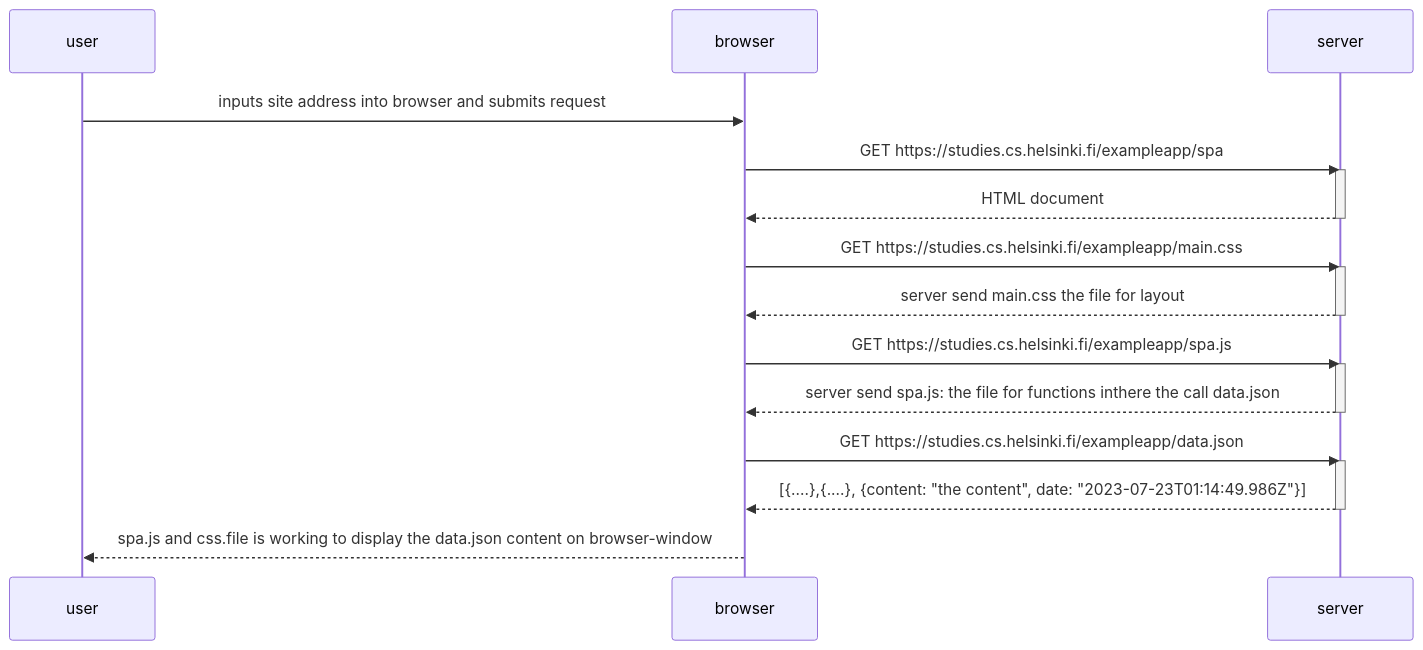
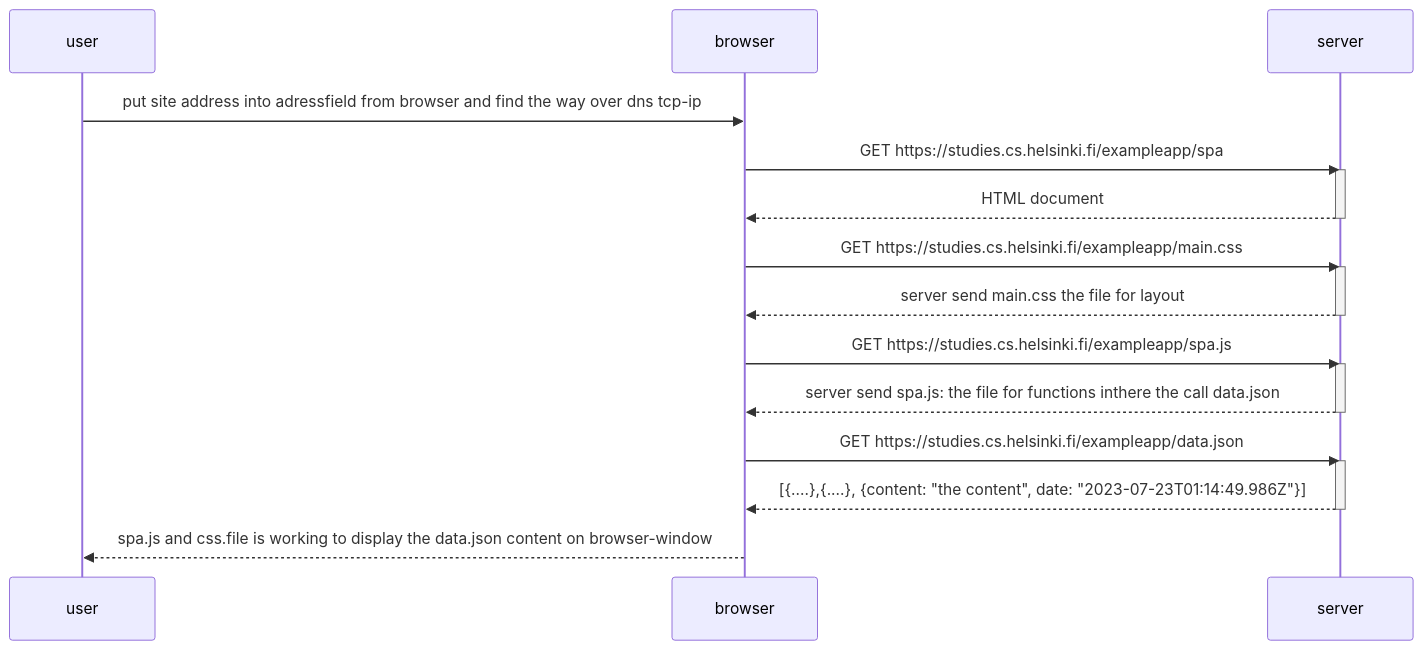
The diagram in part0/ex5.md (hermann-wenninger/helsinky_new_course), drawn with Mermaid before and after one commit.

Commit message:
verbesserung

````diff
--- a/part0/ex5.md
+++ b/part0/ex5.md
@@ -3,30 +3,30 @@
 ```mermaid
 sequenceDiagram
 participant user
 participant browser
 participant server
 
-user->>browser: inputs site address into browser and submits request
+user->>browser: put site address into adressfield from browser and find the way over dns tcp-ip
 browser->>server: GET https://studies.cs.helsinki.fi/exampleapp/spa
 activate server
 server-->>browser: HTML document
 deactivate server
 
 browser->>server: GET https://studies.cs.helsinki.fi/exampleapp/main.css
 activate server
 server-->>browser: server send main.css the file for layout
 deactivate server
 
 browser->>server: GET https://studies.cs.helsinki.fi/exampleapp/spa.js
 activate server
 server-->>browser: server send spa.js: the file for functions inthere the call data.json
 deactivate server
 
 browser->>server: GET https://studies.cs.helsinki.fi/exampleapp/data.json
 activate server
 server-->>browser: [{....},{....}, {content: "the content", date: "2023-07-23T01:14:49.986Z"}]
 deactivate server
 
 browser-->>user:spa.js and css.file is working to display the data.json content on browser-window
 
 ```
````
